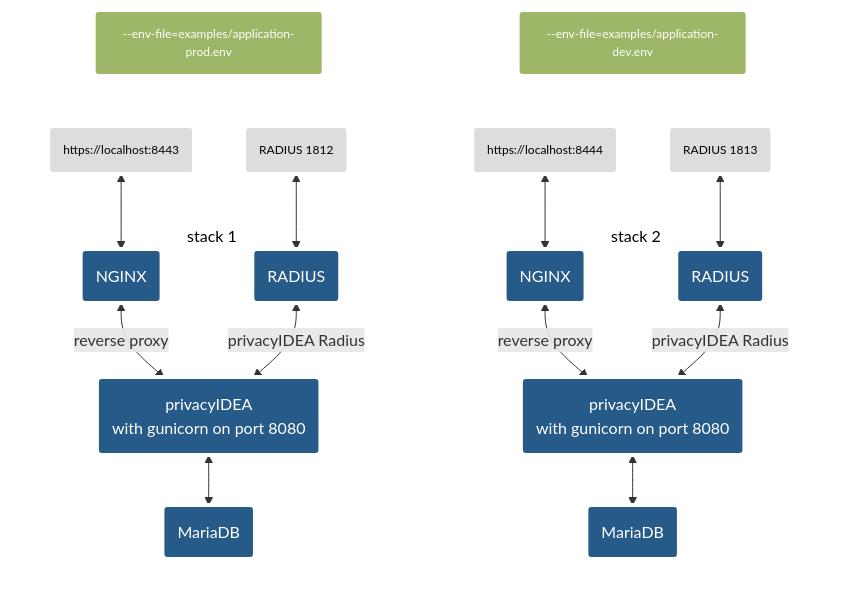
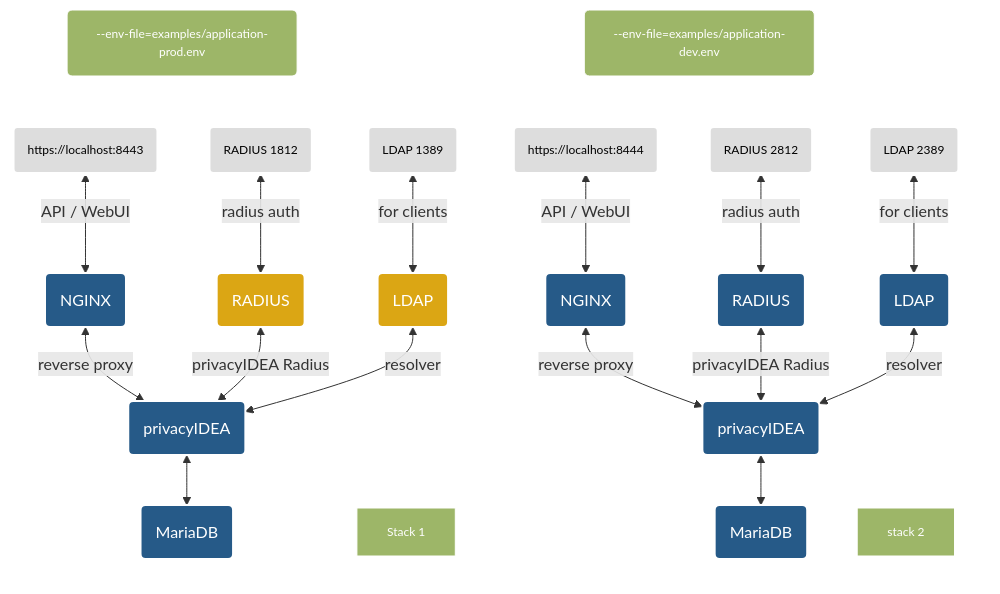
The diagram in README.md (gpappsoft/privacyidea-docker), drawn with Mermaid before and after one commit. The commit also changed other lines of this file and 7 other files, not shown here.

````diff
--- a/README.md
+++ b/README.md
@@ -162,42 +172,57 @@
 ```mermaid
 graph TD;
   a2("--env-file=examples/application-dev.env");
-  w3(https://localhost:8444);
-  w4(RADIUS  1813);
-  subgraph s3 [stack 2];
+  w4(https://localhost:8444);
+  w5(RADIUS  2812);
+  w6(LDAP 2389);
+  subgraph s3 [ ];
        r2(RADIUS);
-       n4(NGINX);
-       n5(privacyIDEA);
-       n6(MariaDB);
+       n5(NGINX);
+       n6(LDAP);
+       n7(privacyIDEA);
+       n8(MariaDB);
+  st2[stack 2];
   end;
+  
   a1("--env-file=examples/application-prod.env");
   w1(https://localhost:8443);
   w2(RADIUS 1812);
-  subgraph s1 [stack 1];
+  w3(LDAP 1389);
+  subgraph s1 [ ];
        r1(RADIUS);
        n1(NGINX);
-       n2(privacyIDEA);
-       n3(MariaDB);
+       n2(LDAP);
+       n3(privacyIDEA);
+       n4(MariaDB);
+  st1[Stack 1];
   end;
-
+  
   a1~~~w1;
   a1~~~w2;
-  a2~~~w3;
+  a1~~~w3;
+
   a2~~~w4;
+  a2~~~w5;
+  a2~~~w6;
 
-  w3<-->n4<-- reverse proxy -->n5(privacyIDEA\nwith gunicorn on port 8080)<-->n6
-  w4<-->r2<-- privacyIDEA Radius -->n5(privacyIDEA\nwith gunicorn on port 8080)       
+  w1<-- API / WebUI -->n1<-- reverse proxy -->n3(privacyIDEA)<-->n4
+  w2<-- radius auth -->r1<-- privacyIDEA Radius -->n3
+  w3<-- for clients -->n2<-- resolver -->n3
 
-  w1<-->n1<-- reverse proxy -->n2(privacyIDEA\nwith gunicorn on port 8080)<-->n3
-  w2<-->r1<-- privacyIDEA Radius -->n2(privacyIDEA\nwith gunicorn on port 8080)
-  
+  w4<-- API / WebUI -->n5<-- reverse proxy -->n7(privacyIDEA)<-->n8
+  w5<-- radius auth -->r2<-- privacyIDEA Radius -->n7
+  w6<-- for clients -->n6<-- resolver -->n7
+
   classDef plain font-size:12px,fill:#ddd,stroke:#fff,stroke-width:4px,color:#000;
-  classDef heading font-size:12px,fill:#9db668,stroke:#fff,stroke-width:4px,color:#fff;
+  classDef heading font-size:12px,fill:#9db668,stroke:#fff,stroke-width:1px,color:#fff;
   classDef title font-size:16px,color:#000,background-color:#9db668,stroke:#ffff;
-  classDef docker fill:#265a88,stroke:#fff,stroke-width:4px,color:#fff;
+  classDef docker fill:#265a88,stroke:#fff,stroke-width:2px,color:#fff;
+  classDef second fill:#dba614,stroke:#fff,stroke-width:2px,color:#fff;
+  classDef tags fill:#dba614,stroke:#fff,stroke-width:2px,color:#fff;
   classDef cluster fill:#fff,stroke:#888,stroke-width:2px,color:#265a88;
-  class w1,w2,w3,w4 plain;
-  class n1,n2,n3,n4,n5,n6,r1,r2,t1 docker;
+  class w1,w2,w3,w4,w5,w6 plain;
+  class r1,n2,r2,n6 second;
+  class n1,n3,n4,n5,n6,n7,n8,r2,t1 docker;
   class s1,s2,s3,s4 title;
-  class a1,a2 heading;
+  class a1,a2,st1,st2 heading;
 ```
````
